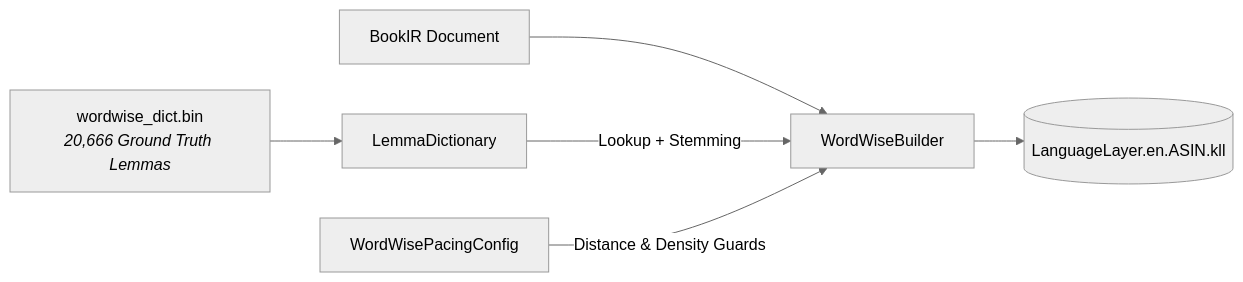
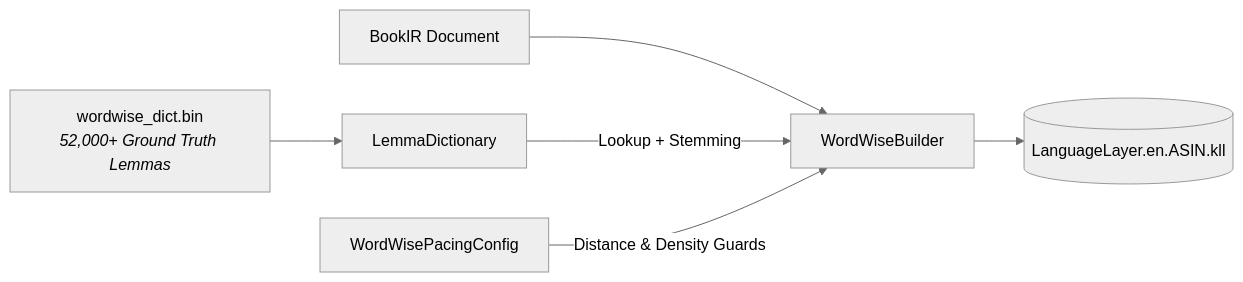
One commit to hwanjongyu/kfx_converter changed the second of 2 diagrams in docs/WORD_WISE.md. Above: the diagram before and after it, drawn with Mermaid (neutral theme). The commit also changed other lines of this file and 34 other files, not shown here.

````diff
--- a/docs/WORD_WISE.md
+++ b/docs/WORD_WISE.md
@@ -244,8 +246,8 @@
 ```mermaid
 flowchart LR
     BOOK_IR[BookIR Document] --> WW_BUILDER[WordWiseBuilder]
-    EMBEDDED_DICT[wordwise_dict.bin<br/><i>20,666 Ground Truth Lemmas</i>] --> LEMMA_DICT[LemmaDictionary]
+    EMBEDDED_DICT[wordwise_dict.bin<br/><i>52,000+ Ground Truth Lemmas</i>] --> LEMMA_DICT[LemmaDictionary]
     LEMMA_DICT -->|Lookup + Stemming| WW_BUILDER
     PACING[WordWisePacingConfig] -->|Distance & Density Guards| WW_BUILDER
     WW_BUILDER --> KLL_DB[(LanguageLayer.en.ASIN.kll)]
 ```
````
